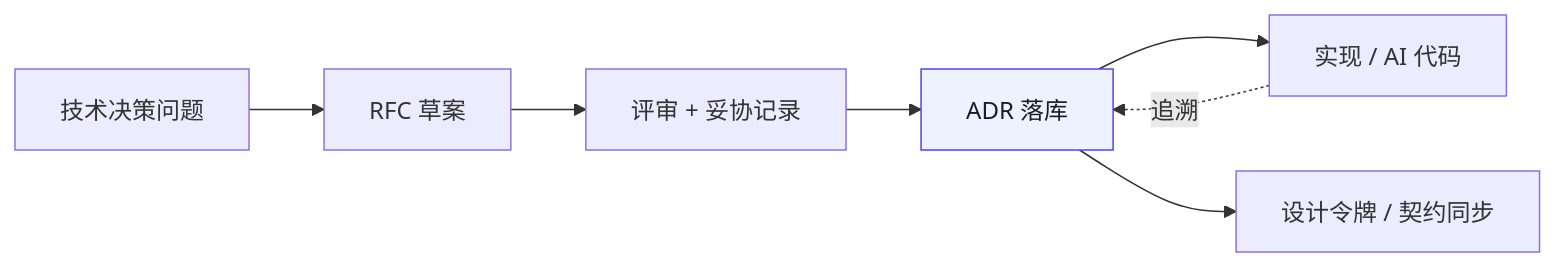
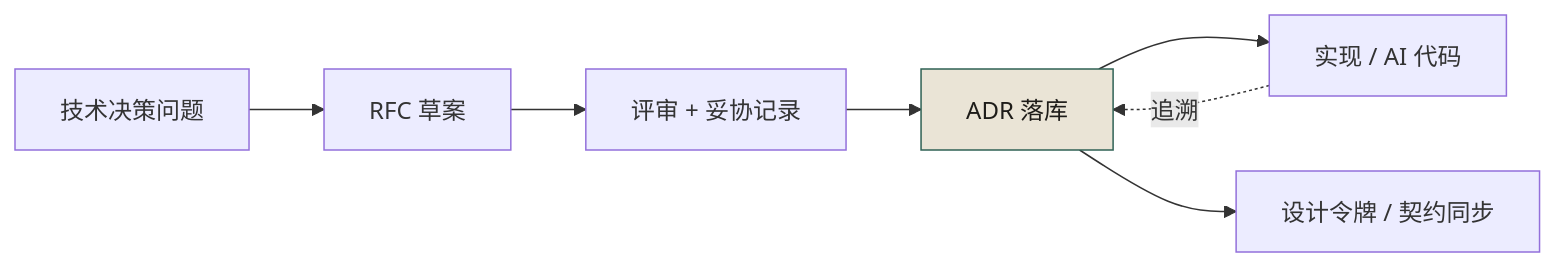
Before and after one commit to funny8kids/AI_Native_Software_Engineering: the first of 2 diagrams in docs/manuscript/ch30-第25章-文档ADR-RFC-设计令牌治理.md, drawn with Mermaid. The commit also changed other lines of this file and 81 other files, not shown here.

````diff
--- a/docs/manuscript/ch30-第25章-文档ADR-RFC-设计令牌治理.md
+++ b/docs/manuscript/ch30-第25章-文档ADR-RFC-设计令牌治理.md
@@ -6,10 +6,10 @@
 ```mermaid
 flowchart LR
   Q[技术决策问题] --> RFC[RFC 草案]
   RFC --> REV[评审 + 妥协记录]
   REV --> ADR[ADR 落库]
   ADR --> IM[实现 / AI 代码]
   IM -.追溯.-> ADR
   ADR --> TOK[设计令牌 / 契约同步]
-  style ADR fill:#eef2ff,stroke:#4f46e5,color:#1a1d23
+  style ADR fill:#eae4d6,stroke:#2f6154,color:#1e1c19
 ```
````
